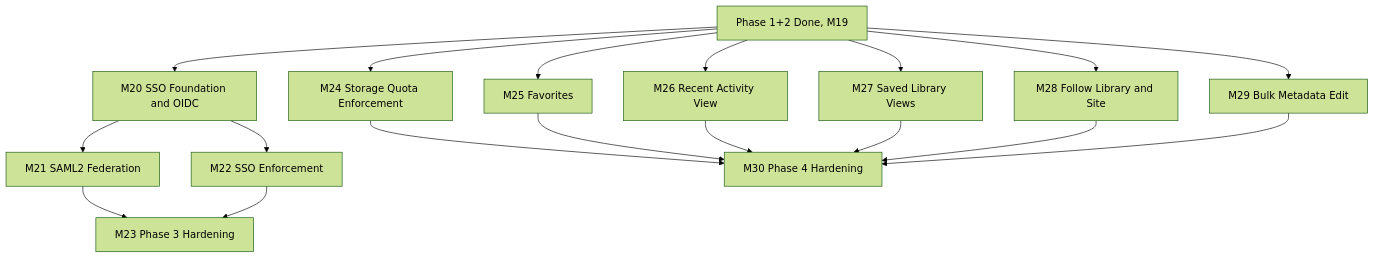
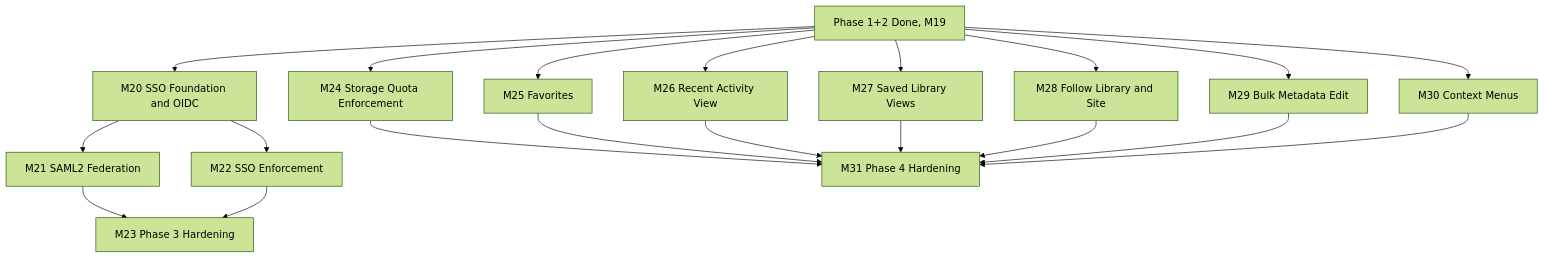
The diagram in doc/ImplementationPlan V1.2.md (yanziyang/eDMS), drawn with Mermaid (forest theme) before and after one commit. The commit also changed other lines of this file and 1 other file, not shown here.

First line of the commit message:
docs: add right-click/long-press context menus to Phase 4 (M30)

````diff
--- a/doc/ImplementationPlan V1.2.md
+++ b/doc/ImplementationPlan V1.2.md
@@ -165,20 +168,22 @@
 ```mermaid
 graph TD
     P[Phase 1+2 Done, M19] --> M20[M20 SSO Foundation and OIDC]
     M20 --> M21[M21 SAML2 Federation]
     M20 --> M22[M22 SSO Enforcement]
     M21 --> M23[M23 Phase 3 Hardening]
     M22 --> M23
     P --> M24[M24 Storage Quota Enforcement]
     P --> M25[M25 Favorites]
     P --> M26[M26 Recent Activity View]
     P --> M27[M27 Saved Library Views]
     P --> M28[M28 Follow Library and Site]
     P --> M29[M29 Bulk Metadata Edit]
-    M24 --> M30[M30 Phase 4 Hardening]
-    M25 --> M30
-    M26 --> M30
-    M27 --> M30
-    M28 --> M30
-    M29 --> M30
+    P --> M30[M30 Context Menus]
+    M24 --> M31[M31 Phase 4 Hardening]
+    M25 --> M31
+    M26 --> M31
+    M27 --> M31
+    M28 --> M31
+    M29 --> M31
+    M30 --> M31
 ```
````
